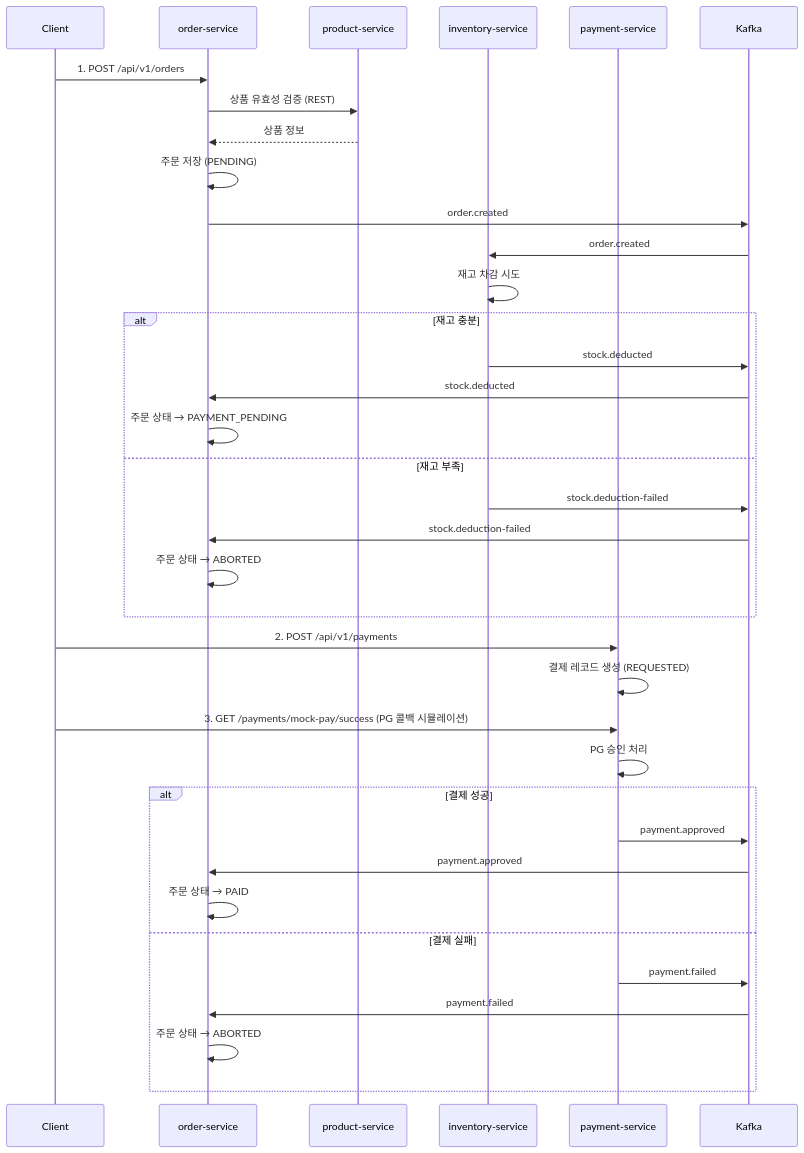
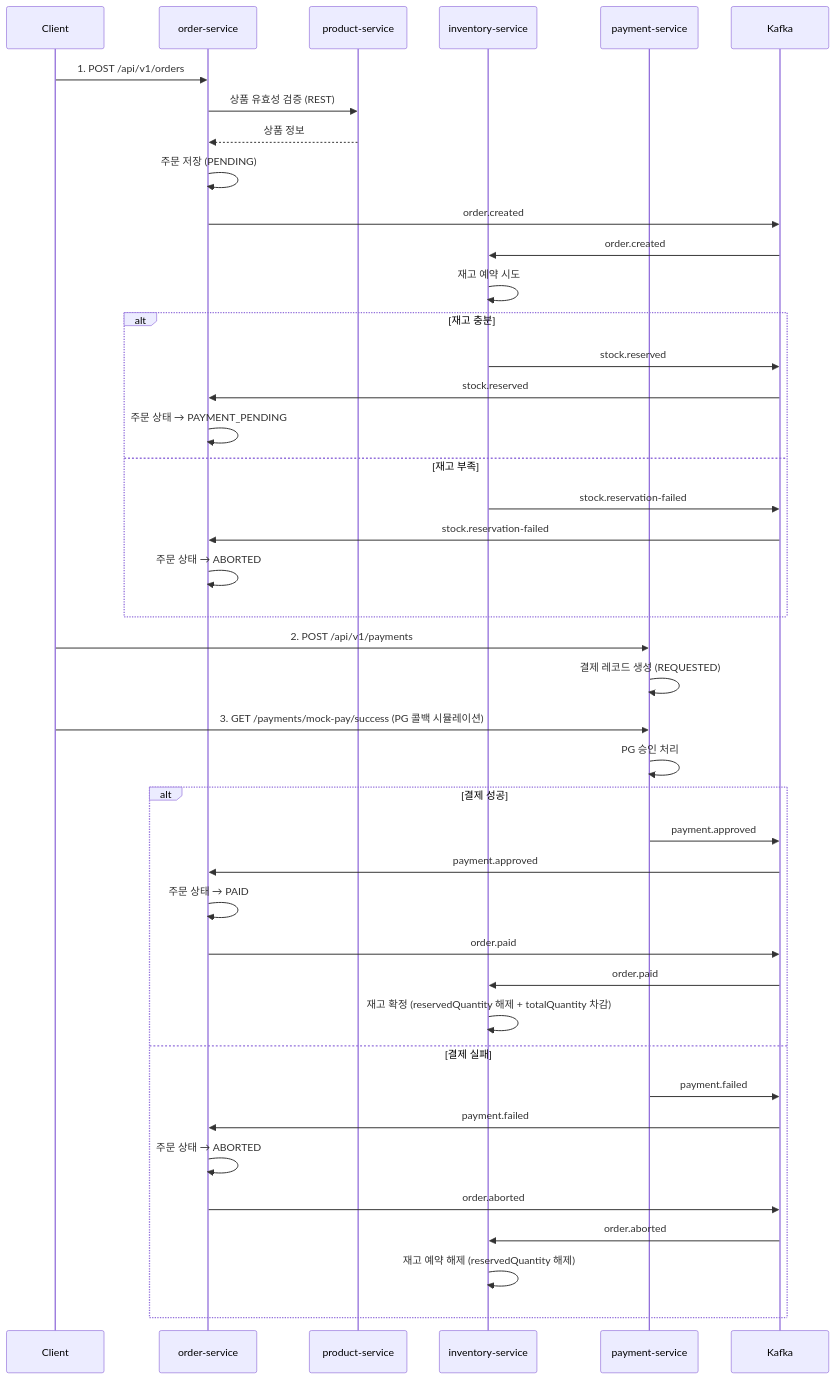
The first of 3 diagrams in README.md (wocks1123/commerce-msa), drawn with Mermaid before and after one commit. The commit also changed other lines of this file, not shown here.

````diff
--- a/README.md
+++ b/README.md
@@ -37,39 +37,45 @@
 ```mermaid
 sequenceDiagram
     participant C as Client
     participant OS as order-service
     participant PS as product-service
     participant IS as inventory-service
     participant PAY as payment-service
     participant K as Kafka
     C ->> OS: 1. POST /api/v1/orders
     OS ->> PS: 상품 유효성 검증 (REST)
     PS -->> OS: 상품 정보
     OS ->> OS: 주문 저장 (PENDING)
     OS ->> K: order.created
     K ->> IS: order.created
-    IS ->> IS: 재고 차감 시도
+    IS ->> IS: 재고 예약 시도
     alt 재고 충분
-        IS ->> K: stock.deducted
-        K ->> OS: stock.deducted
+        IS ->> K: stock.reserved
+        K ->> OS: stock.reserved
         OS ->> OS: 주문 상태 → PAYMENT_PENDING
     else 재고 부족
-        IS ->> K: stock.deduction-failed
-        K ->> OS: stock.deduction-failed
+        IS ->> K: stock.reservation-failed
+        K ->> OS: stock.reservation-failed
         OS ->> OS: 주문 상태 → ABORTED
     end
 
     C ->> PAY: 2. POST /api/v1/payments
     PAY ->> PAY: 결제 레코드 생성 (REQUESTED)
     C ->> PAY: 3. GET /payments/mock-pay/success (PG 콜백 시뮬레이션)
     PAY ->> PAY: PG 승인 처리
     alt 결제 성공
         PAY ->> K: payment.approved
         K ->> OS: payment.approved
         OS ->> OS: 주문 상태 → PAID
+        OS ->> K: order.paid
+        K ->> IS: order.paid
+        IS ->> IS: 재고 확정 (reservedQuantity 해제 + totalQuantity 차감)
     else 결제 실패
         PAY ->> K: payment.failed
         K ->> OS: payment.failed
         OS ->> OS: 주문 상태 → ABORTED
+        OS ->> K: order.aborted
+        K ->> IS: order.aborted
+        IS ->> IS: 재고 예약 해제 (reservedQuantity 해제)
     end
 ```
````
